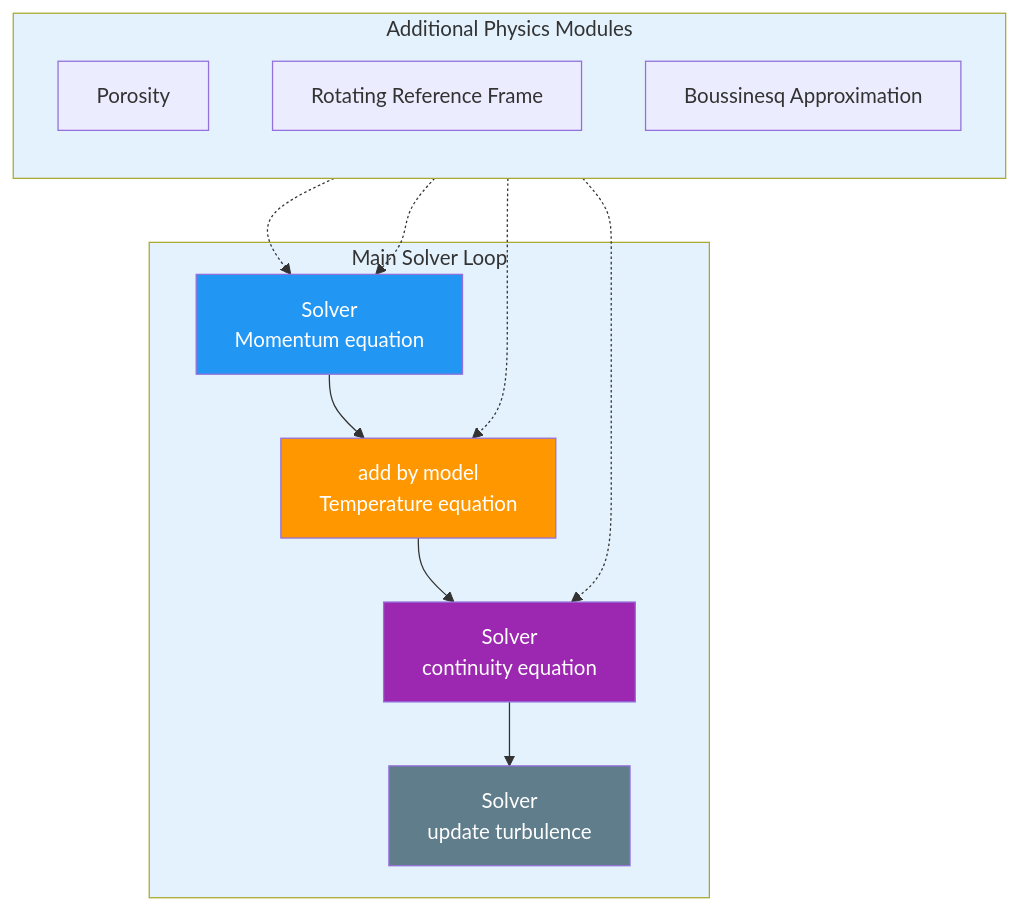
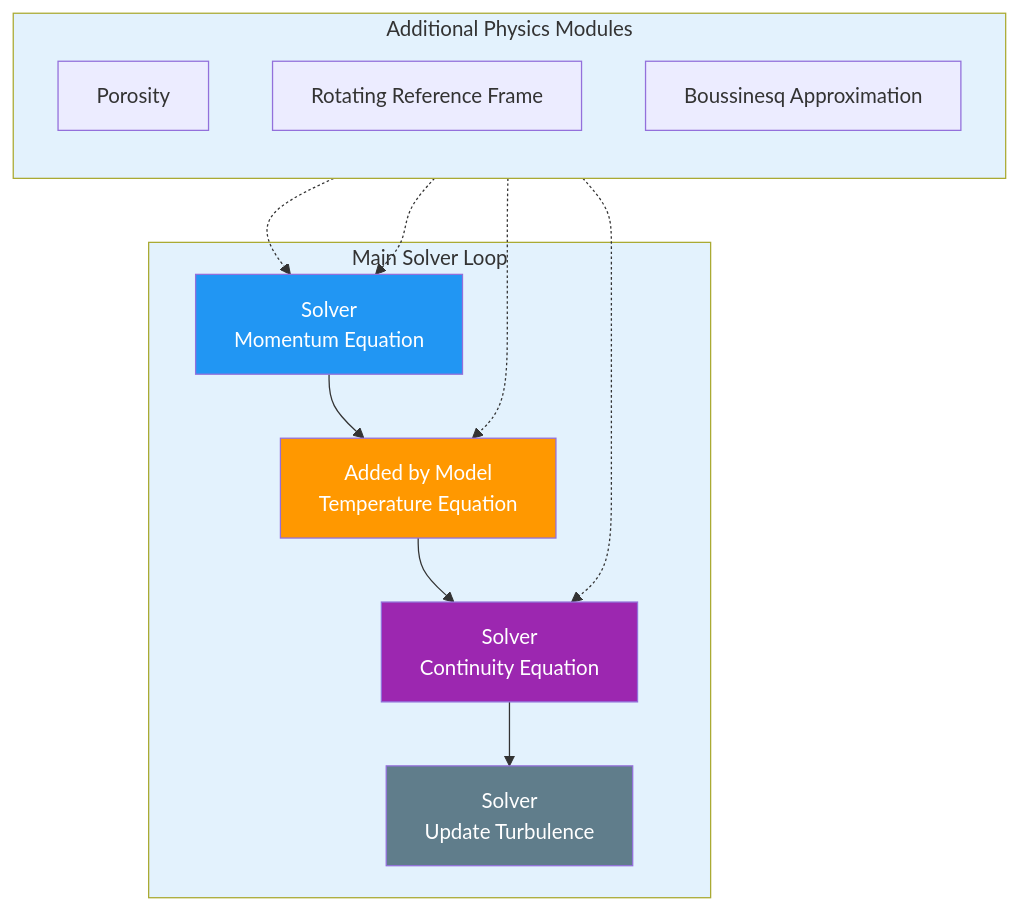
One commit to exasim-project/NeoFOAM changed the first of 2 diagrams in doc/development/architecture.rst. Above: the diagram before and after it, drawn with Mermaid. The commit also changed other lines of this file, not shown here.

```diff
--- a/doc/development/architecture.rst
+++ b/doc/development/architecture.rst
@@ -40,33 +40,33 @@
 .. mermaid::
 
    flowchart TD
         
         subgraph MAIN ["Main Solver Loop"]
-            STEP1["Solver </br> Momentum equation"]
-            STEP2["add by model </br> Temperature equation"]
-            STEP3["Solver </br> continuity equation"]
-            STEP4["Solver </br> update turbulence"]
+            STEP1["Solver </br> Momentum Equation"]
+            STEP2["Added by Model </br> Temperature Equation"]
+            STEP3["Solver </br> Continuity Equation"]
+            STEP4["Solver </br> Update Turbulence"]
         end
         
         STEP1 --> STEP2
         STEP2 --> STEP3
         STEP3 --> STEP4
         
         %% Physics Extensions (simplified)
         subgraph AddPhysics ["Additional Physics Modules"]
             direction TB
             POROSITY["Porosity"]
             ROTATION["Rotating Reference Frame"]
             BUOYANCY["Boussinesq Approximation"]
         end
         POROSITY -.-> STEP1
         ROTATION -.-> STEP1
         BUOYANCY -.-> STEP2
         BUOYANCY -.-> STEP3
 
         style MAIN fill:#E3F2FD
         style AddPhysics fill:#E3F2FD
         style STEP1 fill:#2196F3,color:#fff
         style STEP2 fill:#FF9800,color:#fff
         style STEP3 fill:#9C27B0,color:#fff
         style STEP4 fill:#607D8B,color:#fff
```
